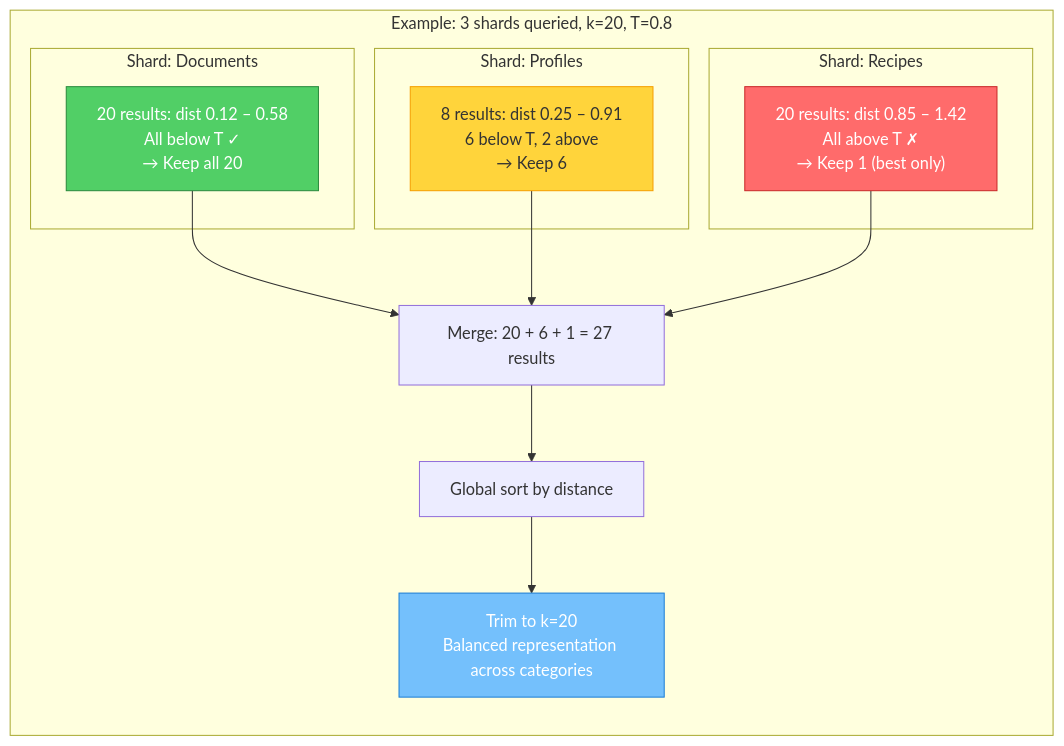
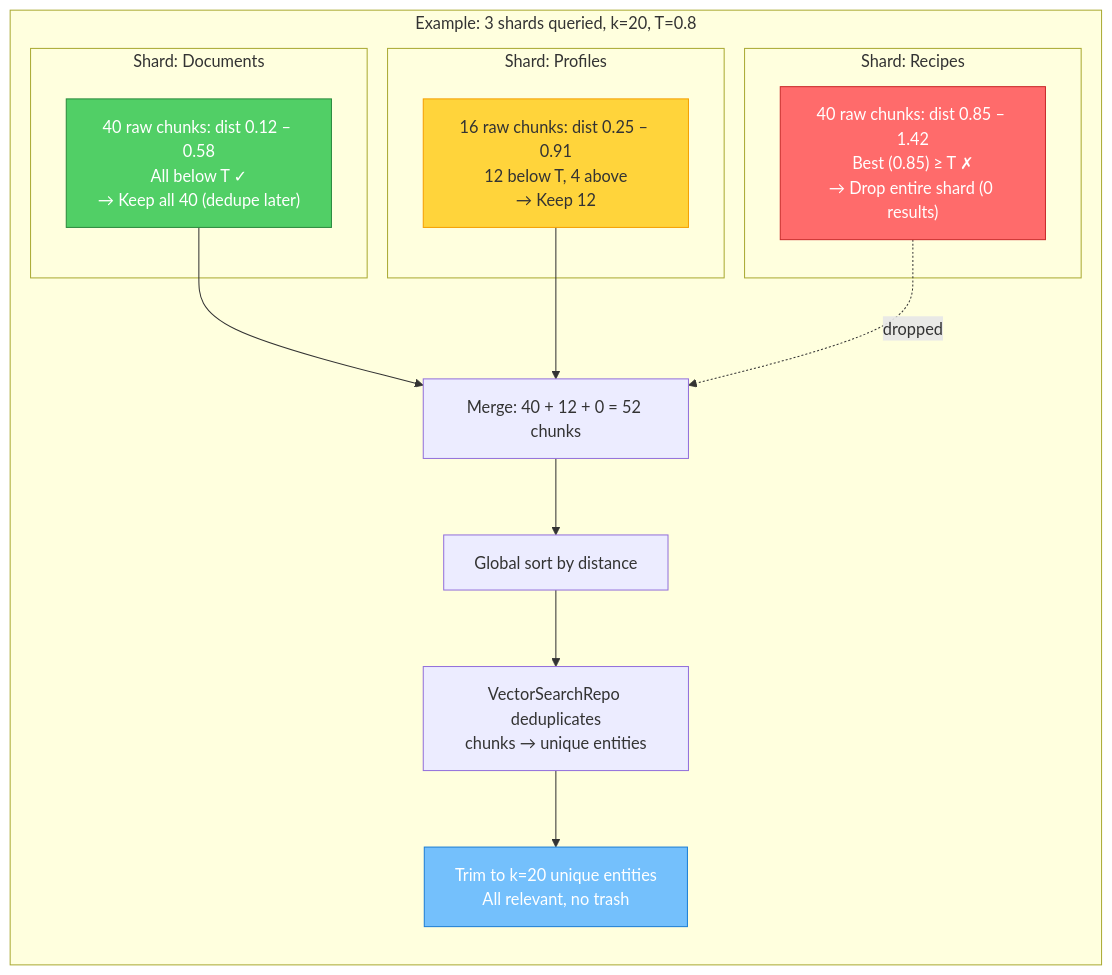
One commit to matthiasn/lotti changed diagram 22 of 27 in docs/implementation_plans/2026-03-07_sharded_vector_search.md. Above: the diagram before and after it, drawn with Mermaid. The commit also changed other lines of this file, not shown here.

````diff
--- a/docs/implementation_plans/2026-03-07_sharded_vector_search.md
+++ b/docs/implementation_plans/2026-03-07_sharded_vector_search.md
@@ -689,29 +1124,30 @@
 ```mermaid
 graph TD
     subgraph "Example: 3 shards queried, k=20, T=0.8"
         direction TB
 
         subgraph "Shard: Documents"
-            DA["20 results: dist 0.12 – 0.58<br/>All below T ✓<br/>→ Keep all 20"]
+            DA["40 raw chunks: dist 0.12 – 0.58<br/>All below T ✓<br/>→ Keep all 40 (dedupe later)"]
         end
 
         subgraph "Shard: Profiles"
-            DB["8 results: dist 0.25 – 0.91<br/>6 below T, 2 above<br/>→ Keep 6"]
+            DB["16 raw chunks: dist 0.25 – 0.91<br/>12 below T, 4 above<br/>→ Keep 12"]
         end
 
         subgraph "Shard: Recipes"
-            DC["20 results: dist 0.85 – 1.42<br/>All above T ✗<br/>→ Keep 1 (best only)"]
+            DC["40 raw chunks: dist 0.85 – 1.42<br/>Best (0.85) ≥ T ✗<br/>→ Drop entire shard (0 results)"]
         end
 
-        DA --> MERGE["Merge: 20 + 6 + 1 = 27 results"]
+        DA --> MERGE["Merge: 40 + 12 + 0 = 52 chunks"]
         DB --> MERGE
-        DC --> MERGE
+        DC -.->|"dropped"| MERGE
         MERGE --> SORT["Global sort by distance"]
-        SORT --> FINAL["Trim to k=20<br/>Balanced representation across categories"]
+        SORT --> DEDUP["VectorSearchRepo deduplicates<br/>chunks → unique entities"]
+        DEDUP --> FINAL["Trim to k=20 unique entities<br/>All relevant, no trash"]
     end
 
     style DA fill:#51cf66,stroke:#2b8a3e,color:#fff
     style DB fill:#ffd43b,stroke:#f59f00
     style DC fill:#ff6b6b,stroke:#c92a2a,color:#fff
     style FINAL fill:#74c0fc,stroke:#1c7ed6,color:#fff
 ```
````
